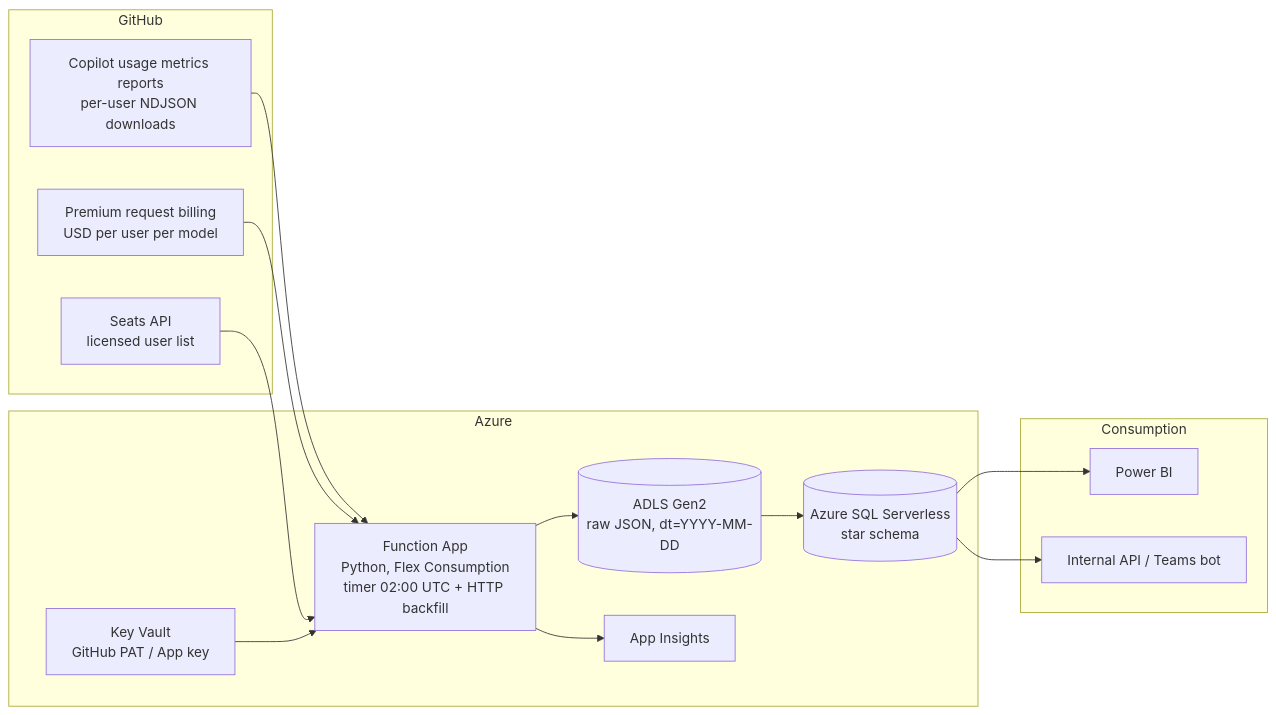
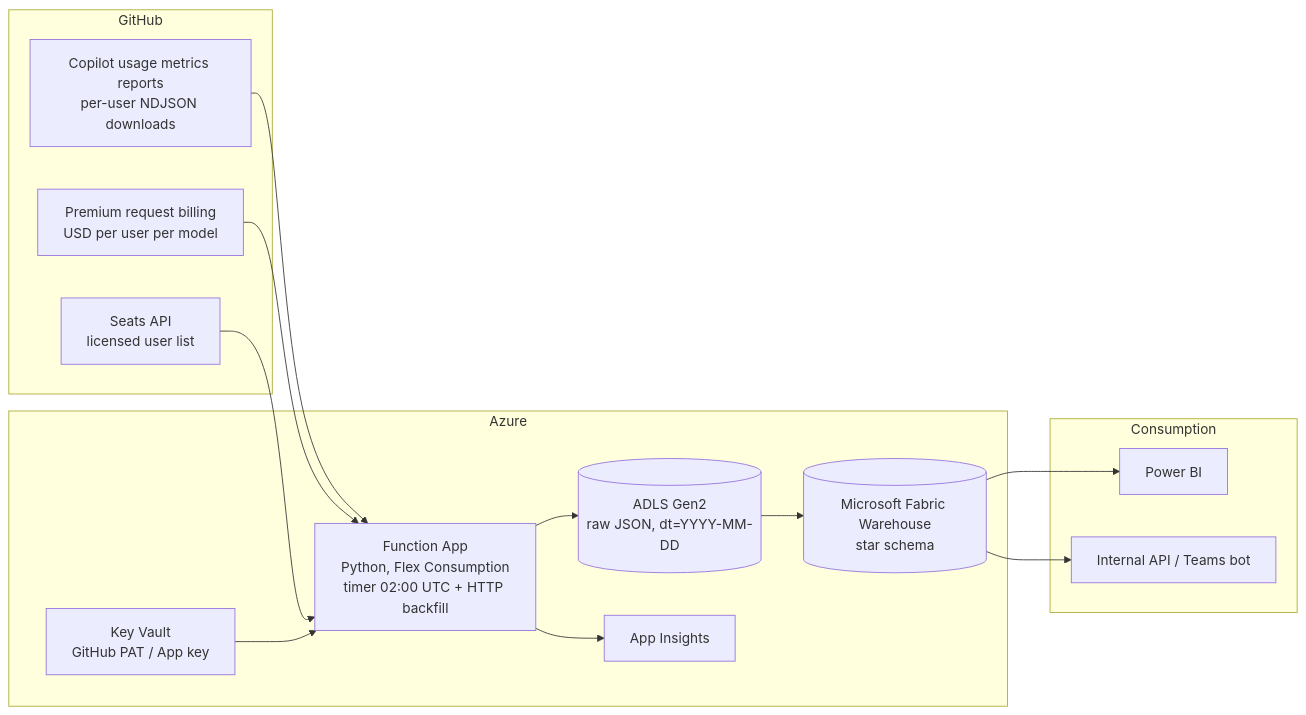
One commit to DanielD-GPT/github-copilot-metrics-accelerator changed the diagram in README.md. Above: the diagram before and after it, drawn with Mermaid. The commit also changed other lines of this file and 30 other files, not shown here.

First line of the commit message:
Replace Azure SQL with Microsoft Fabric Warehouse as the data store

````diff
--- a/README.md
+++ b/README.md
@@ -57,31 +57,31 @@
 ```mermaid
 flowchart LR
   subgraph GH[GitHub]
     A[Copilot usage metrics reports<br/>per-user NDJSON downloads]
     B[Premium request billing<br/>USD per user per model]
     C[Seats API<br/>licensed user list]
   end
 
   subgraph AZ[Azure]
     KV[Key Vault<br/>GitHub PAT / App key]
     FN[Function App<br/>Python, Flex Consumption<br/>timer 02:00 UTC + HTTP backfill]
     DL[(ADLS Gen2<br/>raw JSON, dt=YYYY-MM-DD)]
-    SQL[(Azure SQL Serverless<br/>star schema)]
+    SQL[(Microsoft Fabric Warehouse<br/>star schema)]
     AI[App Insights]
   end
 
   subgraph CONS[Consumption]
     PBI[Power BI]
     API[Internal API / Teams bot]
   end
 
   A --> FN
   B --> FN
   C --> FN
   KV --> FN
   FN --> DL
   FN --> AI
   DL --> SQL
   SQL --> PBI
   SQL --> API
 ```
````
